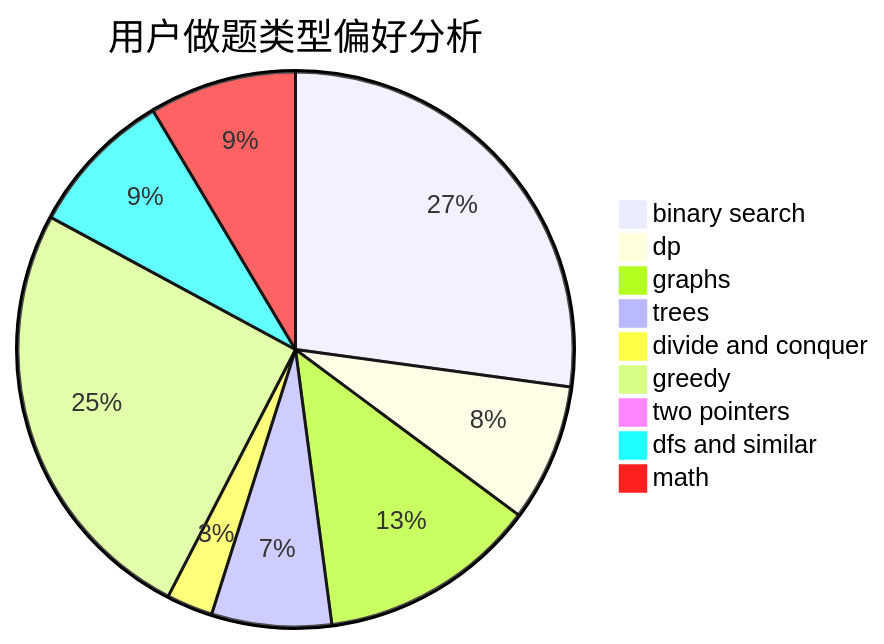
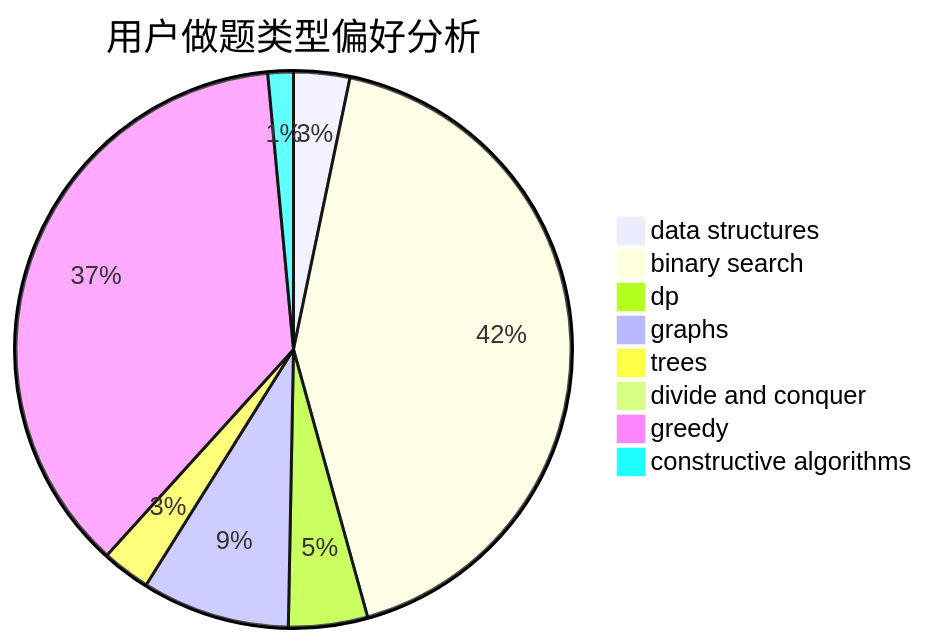
Before and after one commit to sherpahu/cfrs.github.io: the second of 3 diagrams in docs/user/u610.md, drawn with Mermaid. The commit also changed other lines of this file and 2775 other files, not shown here.

````diff
--- a/docs/user/u610.md
+++ b/docs/user/u610.md
@@ -23,12 +23,11 @@
 ```mermaid
 pie title 用户做题类型偏好分析
-    "binary search" :  292
-    "dp" :  86
-    "graphs" :  137
-    "trees" :  75
-    "divide and conquer" :  29
-    "greedy" :  272
-    "two pointers" :  4
-    "dfs and similar" :  92
-    "math" :  92
+    "data structures" :  22
+    "binary search" :  286
+    "dp" :  31
+    "graphs" :  58
+    "trees" :  19
+    "divide and conquer" :  1
+    "greedy" :  248
+    "constructive algorithms" :  10
 ```
````
